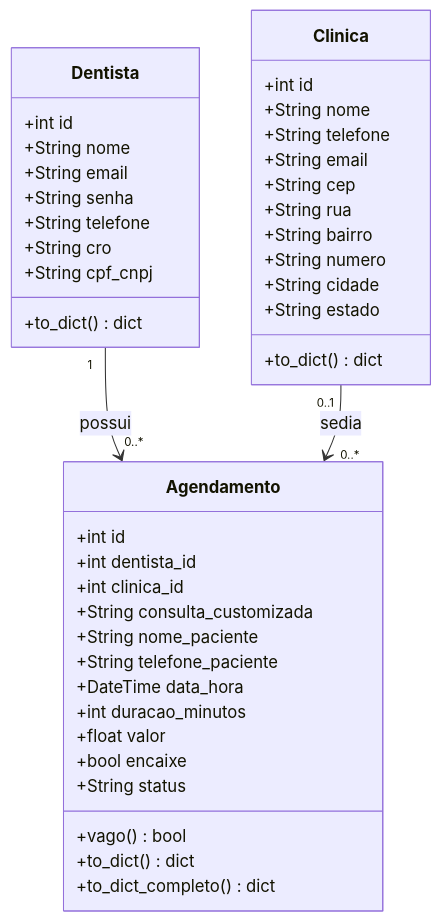
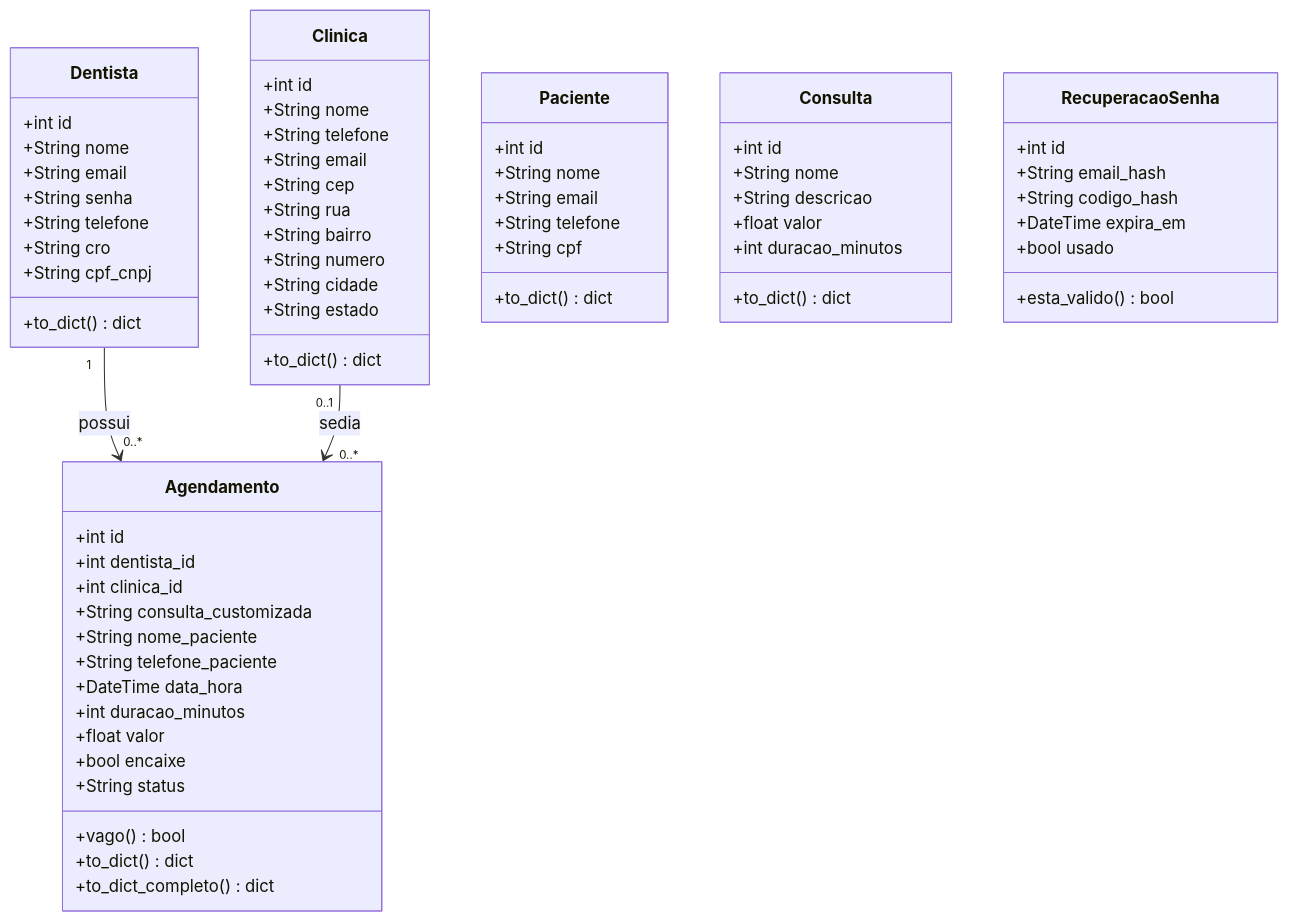
One commit to 26dudu/ReOdonto changed the diagram in README.md. Above: the diagram before and after it, drawn with Mermaid. The commit also changed other lines of this file and 29 other files, not shown here.

````diff
--- a/README.md
+++ b/README.md
@@ -82,47 +86,74 @@
 ```mermaid
 classDiagram
     class Dentista {
         +int id
         +String nome
         +String email
         +String senha
         +String telefone
         +String cro
         +String cpf_cnpj
         +to_dict() dict
     }
 
     class Clinica {
         +int id
         +String nome
         +String telefone
         +String email
         +String cep
         +String rua
         +String bairro
         +String numero
         +String cidade
         +String estado
         +to_dict() dict
     }
 
     class Agendamento {
         +int id
         +int dentista_id
         +int clinica_id
         +String consulta_customizada
         +String nome_paciente
         +String telefone_paciente
         +DateTime data_hora
         +int duracao_minutos
         +float valor
         +bool encaixe
         +String status
         +vago() bool
         +to_dict() dict
         +to_dict_completo() dict
     }
 
+    class Paciente {
+        +int id
+        +String nome
+        +String email
+        +String telefone
+        +String cpf
+        +to_dict() dict
+    }
+
+    class Consulta {
+        +int id
+        +String nome
+        +String descricao
+        +float valor
+        +int duracao_minutos
+        +to_dict() dict
+    }
+
+    class RecuperacaoSenha {
+        +int id
+        +String email_hash
+        +String codigo_hash
+        +DateTime expira_em
+        +bool usado
+        +esta_valido() bool
+    }
+
     Dentista "1" --> "0..*" Agendamento : possui
     Clinica "0..1" --> "0..*" Agendamento : sedia
 ```
````
